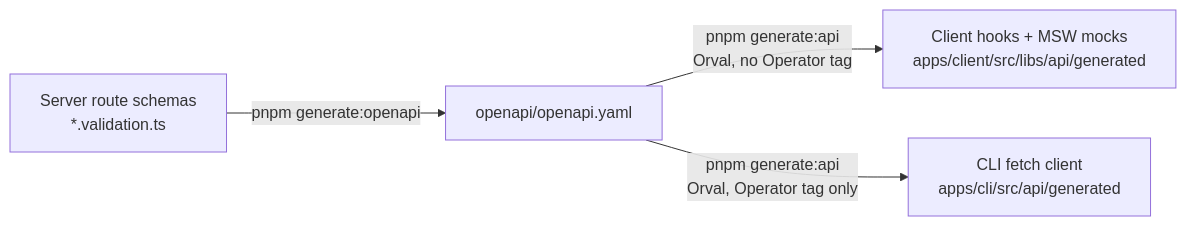
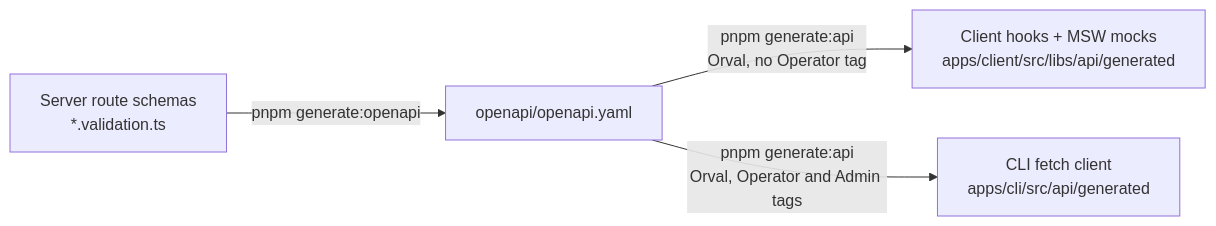
The third of 9 diagrams in docs/architecture.md (itsDaiton/nebula-chat), drawn with Mermaid before and after one commit. The commit also changed other lines of this file and 67 other files, not shown here.

First line of the commit message:
feat(server): NEB-539 admin gate, Audit log and Operator admin routes (#695)

````diff
--- a/docs/architecture.md
+++ b/docs/architecture.md
@@ -106,6 +106,6 @@
 ```mermaid
 flowchart LR
   routes["Server route schemas<br/>*.validation.ts"] -->|pnpm generate:openapi| spec["openapi/openapi.yaml"]
   spec -->|"pnpm generate:api<br/>Orval, no Operator tag"| clientgen["Client hooks + MSW mocks<br/>apps/client/src/libs/api/generated"]
-  spec -->|"pnpm generate:api<br/>Orval, Operator tag only"| cligen["CLI fetch client<br/>apps/cli/src/api/generated"]
+  spec -->|"pnpm generate:api<br/>Orval, Operator and Admin tags"| cligen["CLI fetch client<br/>apps/cli/src/api/generated"]
 ```
````
